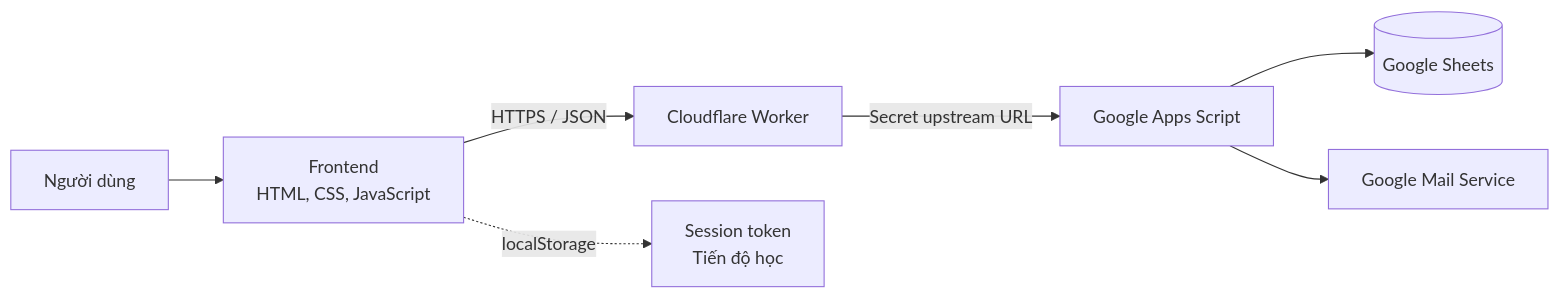
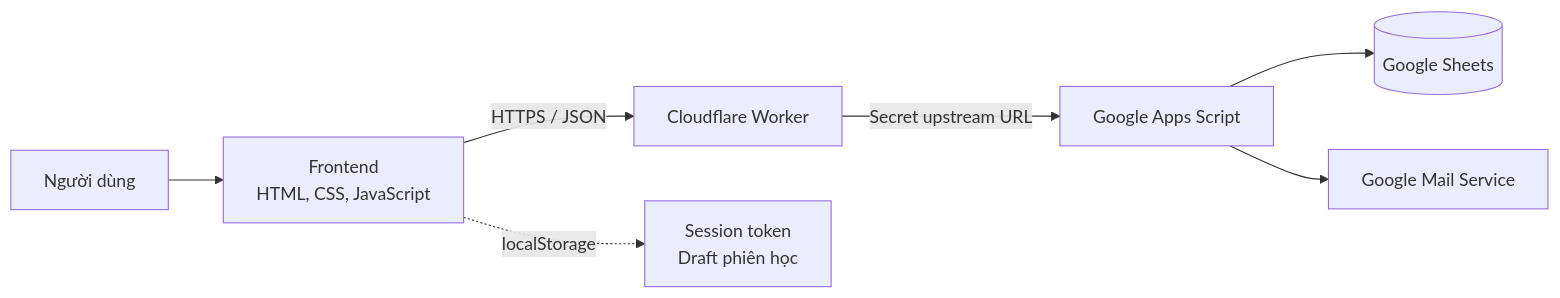
One commit to ptlocnguyen/VocaNest changed the diagram in README.md. Above: the diagram before and after it, drawn with Mermaid. The commit also changed other lines of this file and 17 other files, not shown here.

````diff
--- a/README.md
+++ b/README.md
@@ -85,10 +92,10 @@
 ```mermaid
 flowchart LR
     U[Người dùng] --> F[Frontend<br/>HTML, CSS, JavaScript]
     F -->|HTTPS / JSON| W[Cloudflare Worker]
     W -->|Secret upstream URL| A[Google Apps Script]
     A --> S[(Google Sheets)]
     A --> M[Google Mail Service]
 
-    F -. localStorage .-> L[Session token<br/>Tiến độ học]
+    F -. localStorage .-> L[Session token<br/>Draft phiên học]
 ```
````
